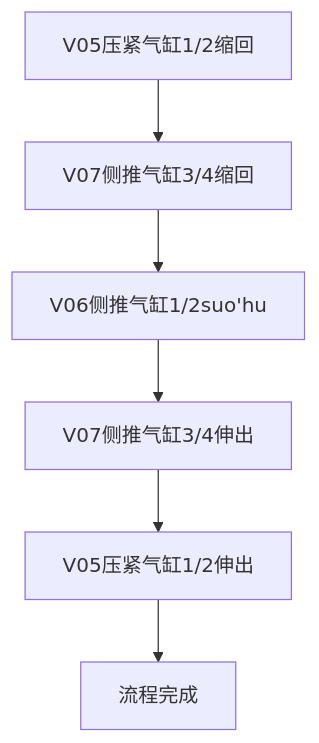
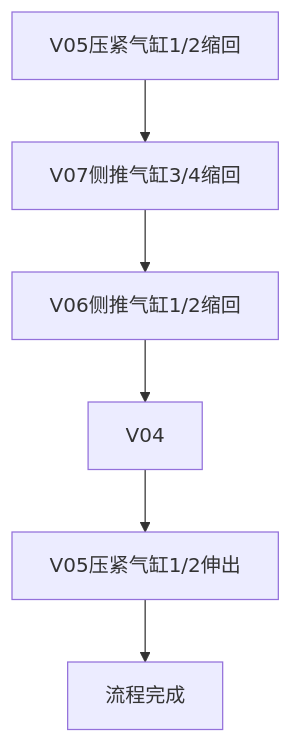
One commit to PengKun1/iodraw-files changed the diagram in all/OP10气缸打开流程.md. Above: the diagram before and after it, drawn with Mermaid.

Commit message:
2024-08-05 16:39:05 update

````diff
--- a/all/OP10气缸打开流程.md
+++ b/all/OP10气缸打开流程.md
@@ -1,9 +1,9 @@
 ```mermaid
 graph TD
 10[V05压紧气缸1/2缩回]-->20
 20[V07侧推气缸3/4缩回]-->30
-30[V06侧推气缸1/2suo'hu]-->40
-40[V07侧推气缸3/4伸出]-->50
+30[V06侧推气缸1/2缩回]-->40
+40[V04]-->50
 50[V05压紧气缸1/2伸出]-->60
 60[流程完成]
 ```
````
